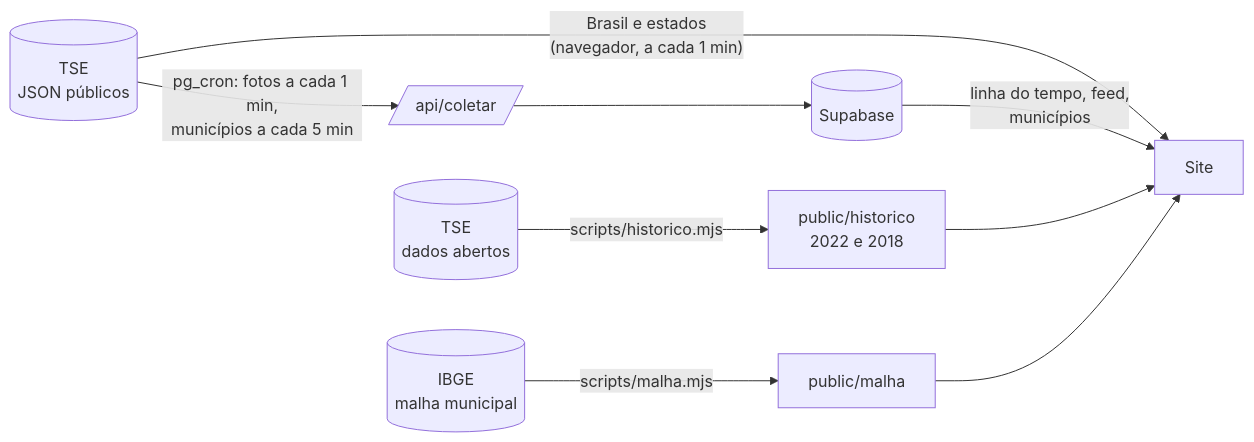
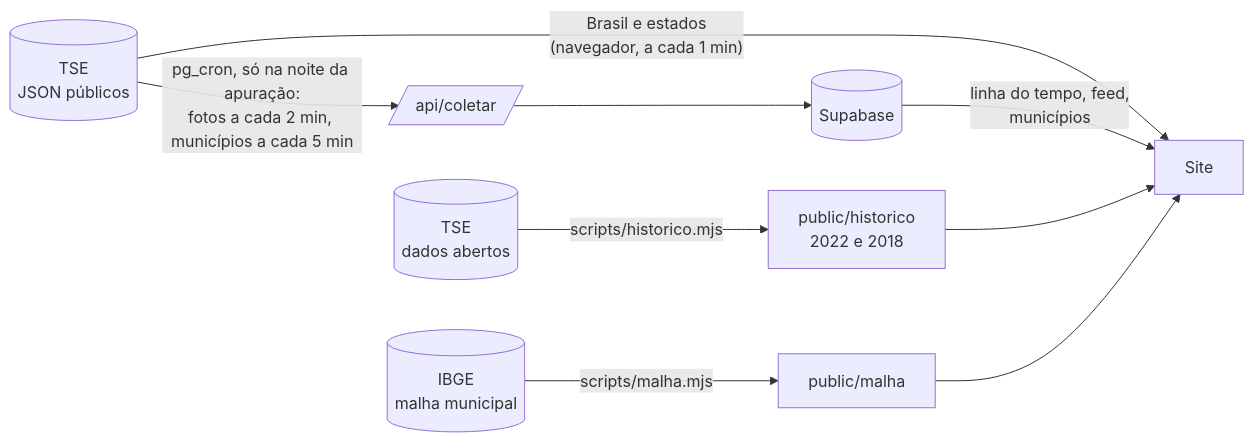
Before and after one commit to kalebefukuda/brazil-election-results-2026: the diagram in README.md, drawn with Mermaid. The commit also changed other lines of this file, not shown here.

````diff
--- a/README.md
+++ b/README.md
@@ -32,12 +32,12 @@
 ```mermaid
 flowchart LR
   TSE[(TSE<br/>JSON públicos)]
   CSV[(TSE<br/>dados abertos)]
   IBGE[(IBGE<br/>malha municipal)]
 
   TSE -- "Brasil e estados<br/>(navegador, a cada 1 min)" --> Site
-  TSE -- "pg_cron: fotos a cada 1 min,<br/>municípios a cada 5 min" --> Coletor[/api/coletar/] --> DB[(Supabase)]
+  TSE -- "pg_cron, só na noite da apuração:<br/>fotos a cada 2 min, municípios a cada 5 min" --> Coletor[/api/coletar/] --> DB[(Supabase)]
   DB -- "linha do tempo, feed,<br/>municípios" --> Site
   CSV -- scripts/historico.mjs --> Hist[public/historico<br/>2022 e 2018] --> Site
   IBGE -- scripts/malha.mjs --> Malha[public/malha] --> Site
 ```
````
